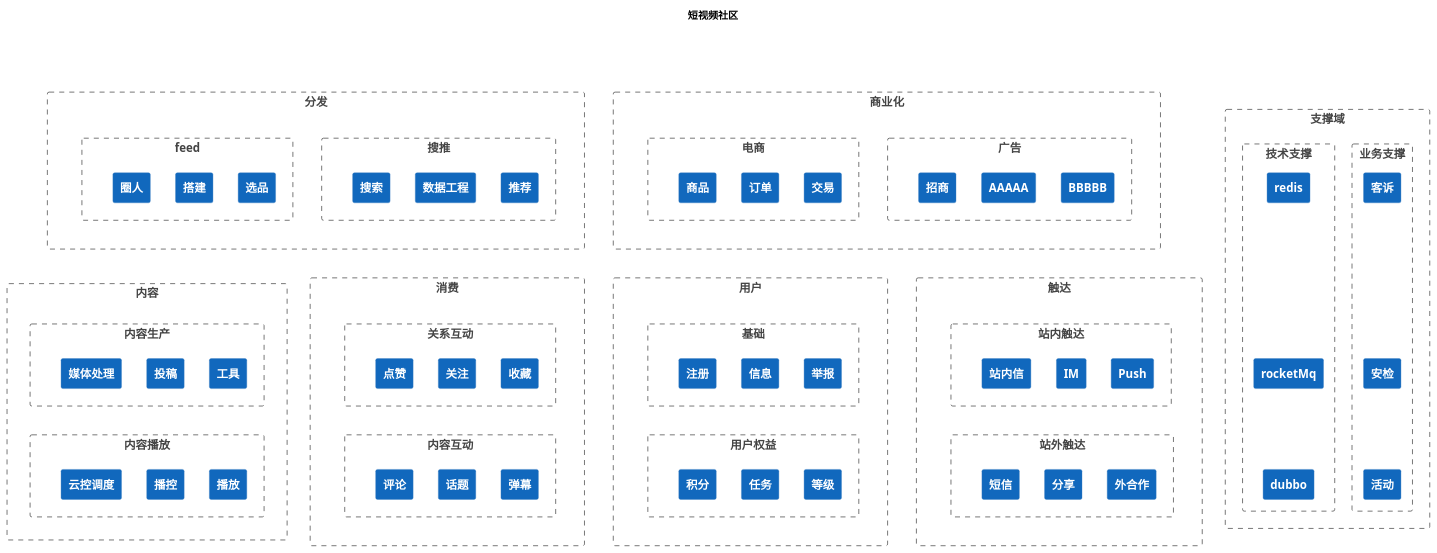
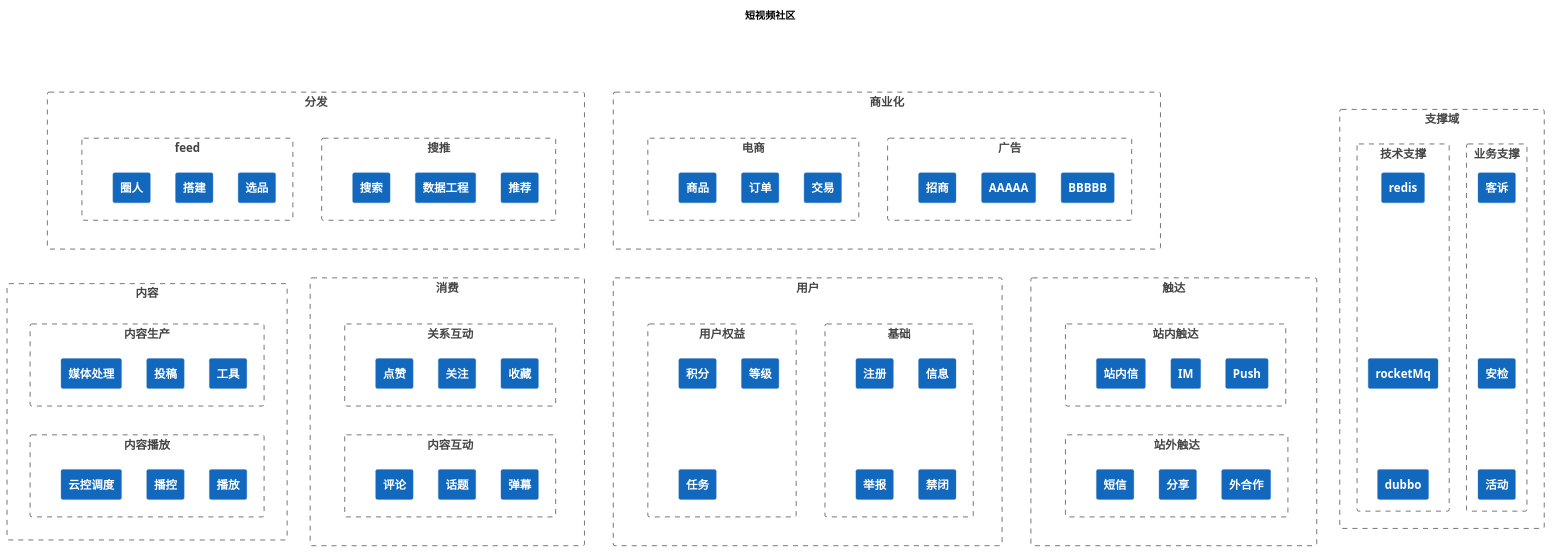
One commit to nxnnxn/community-doc changed the diagram in puml/system.puml. Above: the diagram before and after it, drawn with PlantUML. The commit also changed 9 other files, not shown here.

```diff
--- a/puml/system.puml
+++ b/puml/system.puml
@@ -1,166 +1,163 @@
 @startuml
 !include <C4/C4_Context>
 HIDE_STEREOTYPE()
 
 title 短视频社区
 
 Boundary(fenfa,"分发"){
    Boundary(searchAndRec, "搜推"){
      System(search, "搜索")
      System(rec, "推荐")
      System(data, "数据工程")
      Lay_L(data, search)
      Lay_R(data, rec)
   }
 
   Boundary(feed, "feed"){
      System(quanren, "圈人")
      System(xuanpin, "选品")
      System(dajian, "搭建")
      Lay_L(dajian, quanren)
      Lay_R(dajian, xuanpin)
   }
   Lay_R(searchAndRec, feed)
 }
 
 
 Boundary(content,"内容"){
    Boundary(contentProduction, "内容生产"){
      System(media_process, "媒体处理")
      System(post, "投稿")
      System(postTool, "工具")
      Lay_L(post, media_process)
      Lay_R(post, postTool)
   }
 
   Boundary(contentPlay, "内容播放"){
      System(videoTest, "云控调度")
      System(videoPlay, "播放")
      System(videoCon, "播控")
      Lay_L(videoCon, videoTest)
      Lay_R(videoCon, videoPlay)
   }
   Lay_D(contentProduction, contentPlay)
 }
 
 Boundary(interact,"消费"){
    Boundary(relationInteract, "关系互动"){
      System(follow, "关注")
      System(praise, "点赞")
      System(collect, "收藏")
      Lay_L(follow, praise)
      Lay_R(follow, collect)
   }
 
   Boundary(contentInteract, "内容互动"){
      System(comment, "评论")
      System(bullentComment, "弹幕")
      System(topic, "话题")
      Lay_L(topic, comment)
      Lay_R(topic, bullentComment)
   }
   Lay_D(relationInteract, contentInteract)
 }
 
 Boundary(user,"用户"){
    Boundary(base, "基础"){
      System(zhuce, "注册")
      System(userBase, "信息")
      System(jubao, "举报")
-     Lay_L(userBase, zhuce)
-     Lay_R(userBase, jubao)
+     System(jingbi, "禁闭")
   }
 
   Boundary(userRight, "用户权益"){
      System(jifen, "积分")
      System(dengji, "等级")
      System(task, "任务")
-     Lay_L(task, jifen)
-     Lay_R(task, dengji)
   }
-  Lay_D(base, userRight)
+  Lay_R(base, userRight)
 }
 
 
 Boundary(touch,"触达"){
    Boundary(inTouch, "站内触达"){
      System(message, "站内信")
      System(push, "Push")
      System(im, "IM")
      Lay_L(im, message)
      Lay_R(im, push)
   }
 
   Boundary(outTouch, "站外触达"){
      System(share, "分享")
      System(shortMessage, "短信")
      System(out, "外合作")
      Lay_L(share, shortMessage)
      Lay_R(share, out)
   }
   Lay_D(inTouch, outTouch)
 }
 Lay_D(fenfa,contentProduction)
 
 
 
 
 Boundary(shangyehua,"商业化"){
    Boundary(guanggao, "广告"){
      System(zhaoshang, "招商")
      System(a, "AAAAA")
      System(b, "BBBBB")
      Lay_L(a, zhaoshang)
      Lay_R(a, b)
   }
 
   Boundary(ecommerce, "电商"){
      System(goods, "商品")
      System(order, "订单")
      System(trade, "交易")
      Lay_L(order, goods)
      Lay_R(order, trade)
   }
   Lay_R(guanggao, ecommerce)
 }
 
 
 Lay_R(fenfa,shangyehua)
 
 Lay_D(fenfa,contentProduction)
 Lay_D(fenfa,interact)
 Lay_D(fenfa,user)
 Lay_D(fenfa,touch)
 
 
 Lay_D(shangyehua,contentProduction)
 Lay_D(shangyehua,interact)
 Lay_D(shangyehua,user)
 Lay_D(shangyehua,touch)
 
 Boundary(support,"支撑域"){
    Boundary(businessSupport, "业务支撑"){
        System(audit, "安检")
        System(keshu, "客诉")
        System(huodong, "活动")
        Lay_U(audit, keshu)
        Lay_D(audit, huodong)
      }
 
    Boundary(tecSupport, "技术支撑"){
         System(redis, "redis")
         System(rocketMq, "rocketMq")
         System(dubbo, "dubbo")
         Lay_D(redis, rocketMq)
         Lay_D(rocketMq, dubbo)
     }
 }
 
 
 
 
 
 
 
 
 @enduml
```
